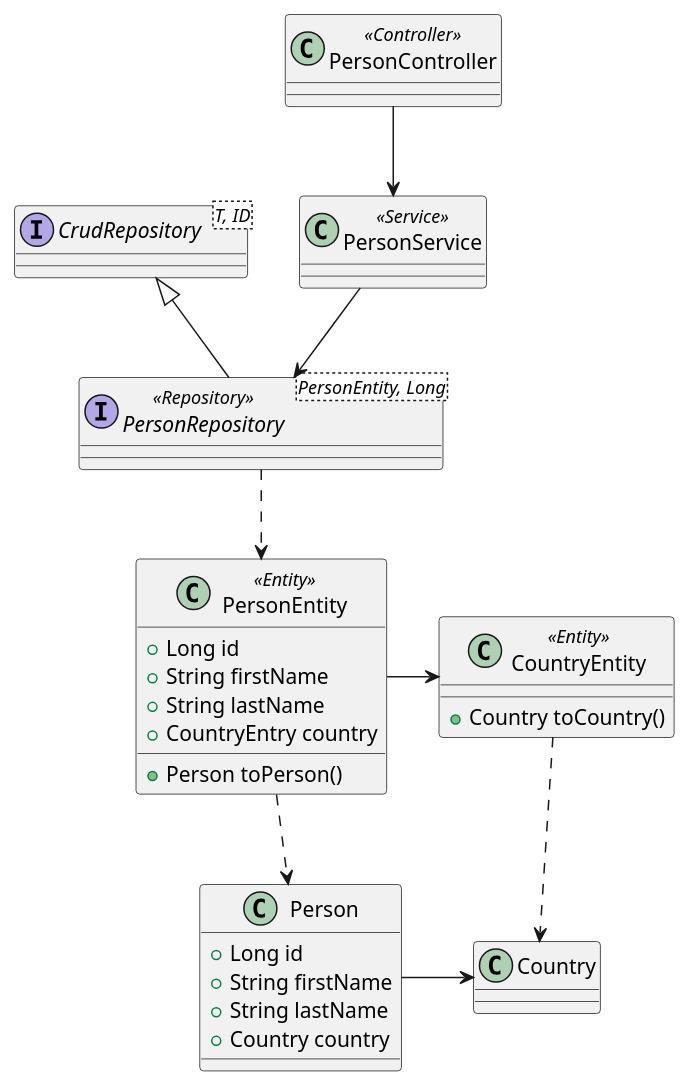
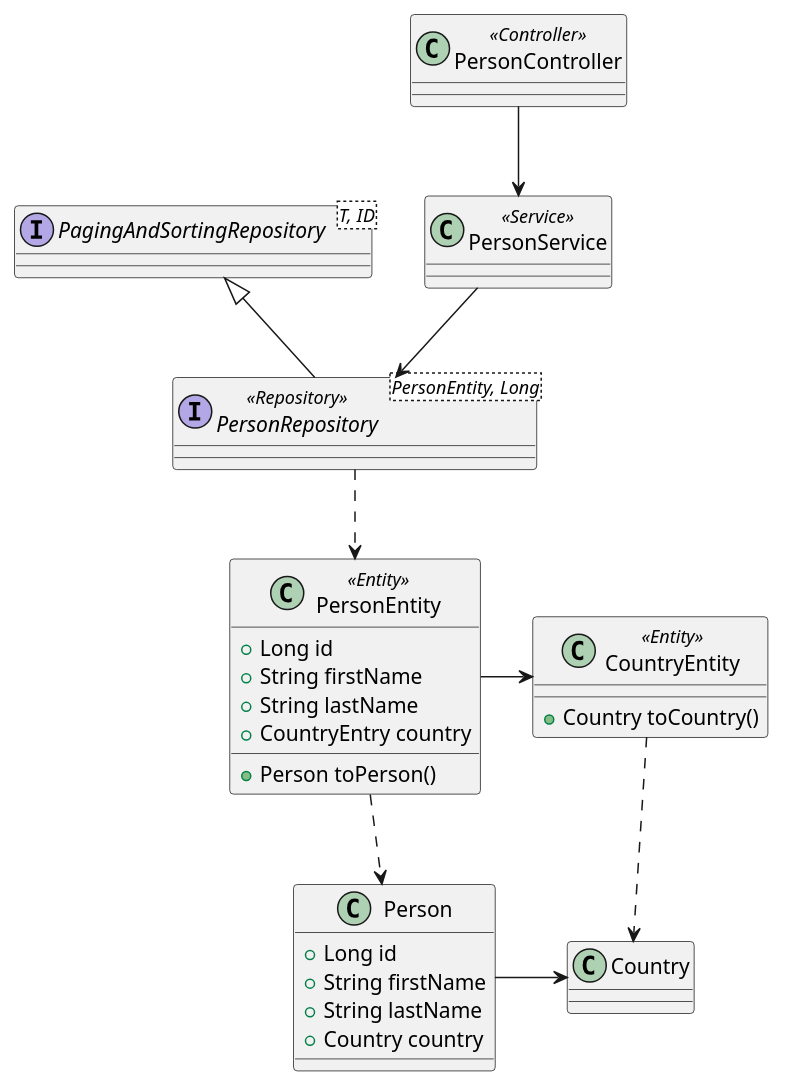
Before and after one commit to laminba2003/spring-rest-services: the fourth of 5 diagrams in src/main/asciidoc/index.adoc, drawn with PlantUML. The commit also changed 4 other files, not shown here.

```diff
--- a/src/main/asciidoc/index.adoc
+++ b/src/main/asciidoc/index.adoc
@@ -177,48 +177,48 @@
 [plantuml, GetPersons-class-diagram, png]
 ----
 class Person {
   + Long id
   + String firstName
   + String lastName
   + Country country
 }
 
 class Country {
 }
 
 class PersonEntity <<Entity>> {
   + Long id
   + String firstName
   + String lastName
   + CountryEntry country
   + Person toPerson()
 }
 
 class CountryEntity <<Entity>> {
   + Country toCountry()
 }
 
 
 interface PersonRepository<PersonEntity, Long> <<Repository>> {
 }
 
-interface CrudRepository<T, ID> {
+interface PagingAndSortingRepository<T, ID> {
 }
 
 class PersonService <<Service>> {
 }
 
 class PersonController <<Controller>> {
 }
 
 
 PersonEntity ..> Person
 PersonEntity -> CountryEntity
 CountryEntity ..> Country
 Person -> Country
 PersonRepository ..> PersonEntity
-CrudRepository <|-- PersonRepository
+PagingAndSortingRepository <|-- PersonRepository
 PersonService --> PersonRepository
 PersonController --> PersonService
 
 ----
```
